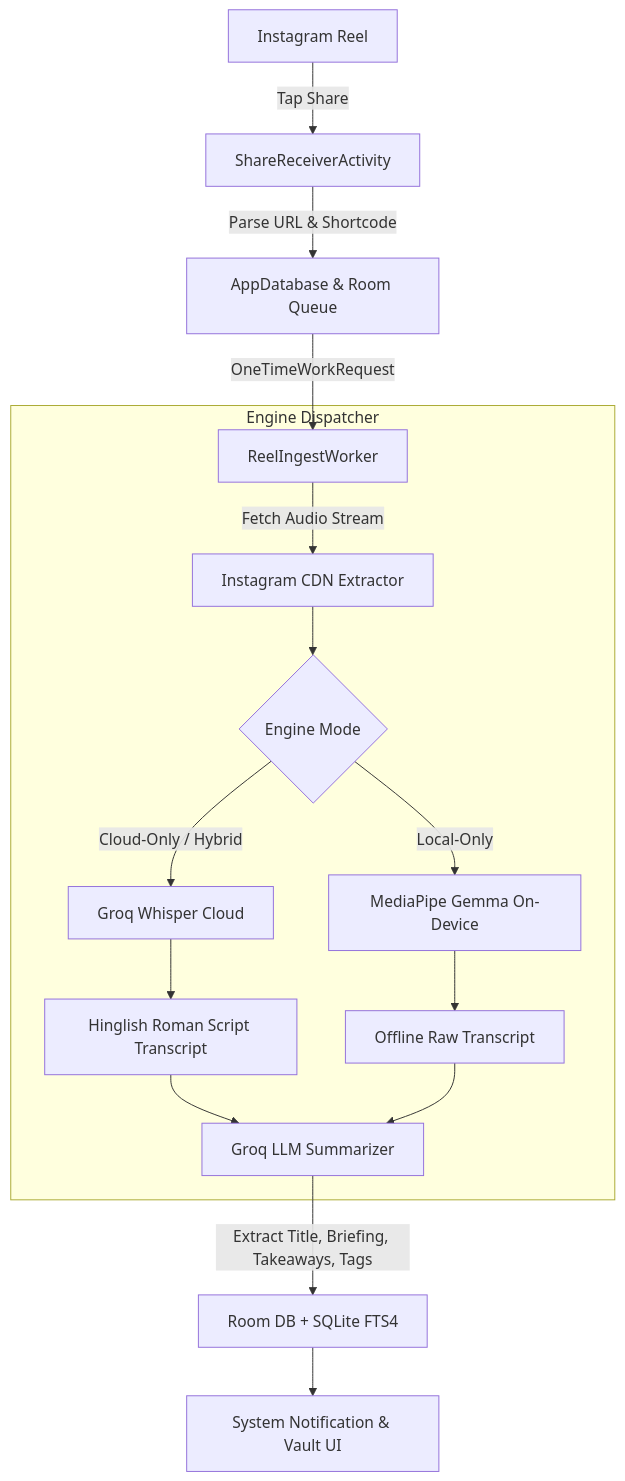
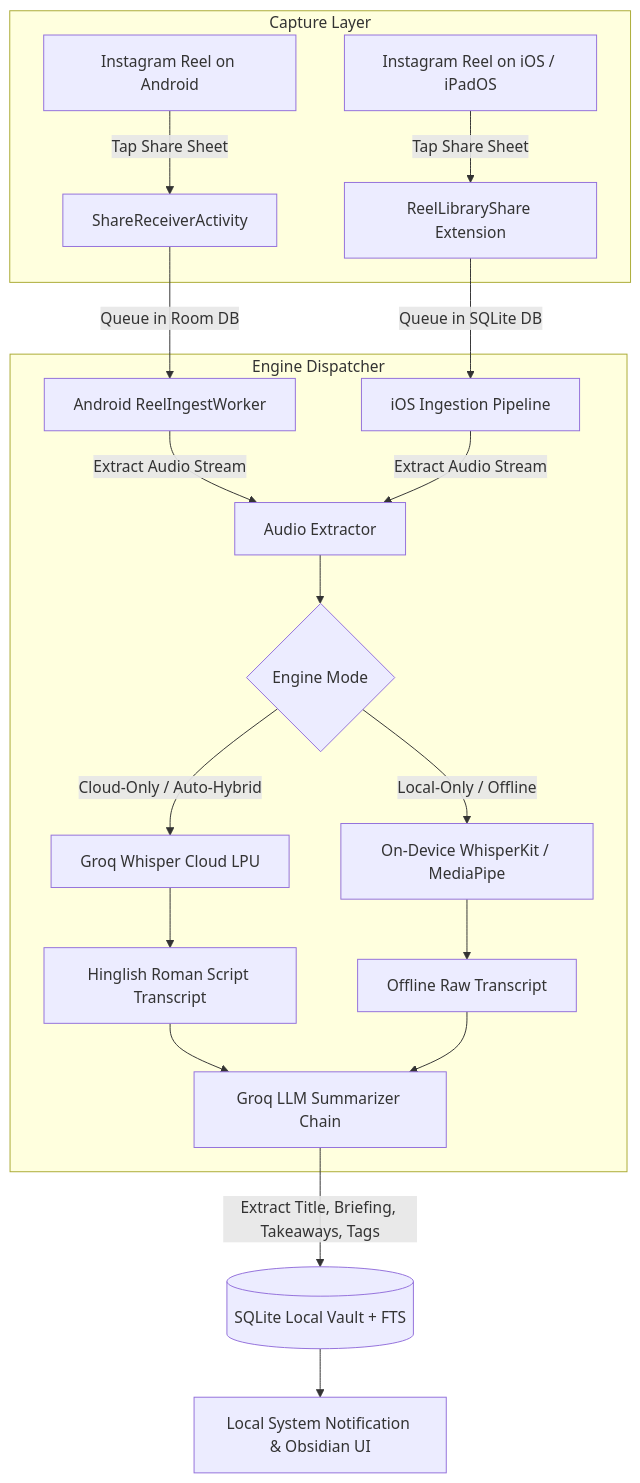
The diagram in README.md (pratham1659/reel-library), drawn with Mermaid before and after one commit. The commit also changed other lines of this file, not shown here.

Commit message:
docs: update README with multiplatform architecture, release v1.1.0 badges, and iPadOS guides

````diff
--- a/README.md
+++ b/README.md
@@ -49,20 +58,23 @@
 ```mermaid
 flowchart TD
-    A[Instagram Reel] -->|Tap Share| B[ShareReceiverActivity]
-    B -->|Parse URL & Shortcode| C[AppDatabase & Room Queue]
-    C -->|OneTimeWorkRequest| D[ReelIngestWorker]
+    subgraph Capture Layer
+        A1[Instagram Reel on Android] -->|Tap Share Sheet| B1[ShareReceiverActivity]
+        A2[Instagram Reel on iOS / iPadOS] -->|Tap Share Sheet| B2[ReelLibraryShare Extension]
+    end
+    
+    B1 -->|Queue in Room DB| C1[Android ReelIngestWorker]
+    B2 -->|Queue in SQLite DB| C2[iOS Ingestion Pipeline]
     
     subgraph Engine Dispatcher
-        D -->|Fetch Audio Stream| E[Instagram CDN Extractor]
-        E --> F{Engine Mode}
-        F -->|Cloud-Only / Hybrid| G[Groq Whisper Cloud]
-        F -->|Local-Only| H[MediaPipe Gemma On-Device]
-        G --> I[Hinglish Roman Script Transcript]
-        H --> J[Offline Raw Transcript]
-        I --> K[Groq LLM Summarizer]
-        J --> K
+        C1 & C2 -->|Extract Audio Stream| D[Audio Extractor]
+        D --> E{Engine Mode}
+        E -->|Cloud-Only / Auto-Hybrid| F[Groq Whisper Cloud LPU]
+        E -->|Local-Only / Offline| G[On-Device WhisperKit / MediaPipe]
+        F --> H[Hinglish Roman Script Transcript]
+        G --> I[Offline Raw Transcript]
+        H & I --> J[Groq LLM Summarizer Chain]
     end
     
-    K -->|Extract Title, Briefing, Takeaways, Tags| L[Room DB + SQLite FTS4]
-    L --> M[System Notification & Vault UI]
+    J -->|Extract Title, Briefing, Takeaways, Tags| K[(SQLite Local Vault + FTS)]
+    K --> L[Local System Notification & Obsidian UI]
 ```
````
